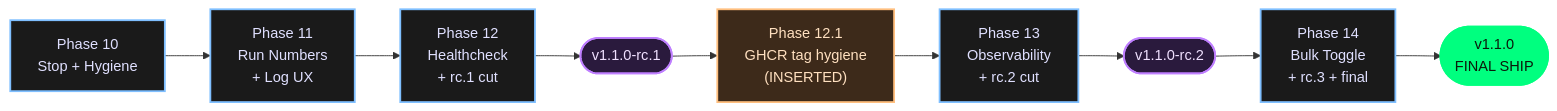
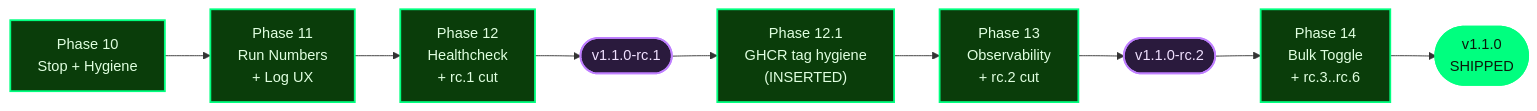
One commit to SimplicityGuy/cronduit changed the first of 2 diagrams in .planning/STATE.md. Above: the diagram before and after it, drawn with Mermaid. The commit also changed other lines of this file and 6 other files, not shown here.

````diff
--- a/.planning/STATE.md
+++ b/.planning/STATE.md
@@ -39,20 +39,19 @@
 ```mermaid
 flowchart LR
     P10["Phase 10<br/>Stop + Hygiene"] --> P11["Phase 11<br/>Run Numbers<br/>+ Log UX"]
     P11 --> P12["Phase 12<br/>Healthcheck<br/>+ rc.1 cut"]
     P12 --> RC1(["v1.1.0-rc.1"])
     RC1 --> P121["Phase 12.1<br/>GHCR tag hygiene<br/>(INSERTED)"]
     P121 --> P13["Phase 13<br/>Observability<br/>+ rc.2 cut"]
     P13 --> RC2(["v1.1.0-rc.2"])
-    RC2 --> P14["Phase 14<br/>Bulk Toggle<br/>+ rc.3 + final"]
-    P14 --> SHIP(["v1.1.0<br/>FINAL SHIP"])
+    RC2 --> P14["Phase 14<br/>Bulk Toggle<br/>+ rc.3..rc.6"]
+    P14 --> SHIP(["v1.1.0<br/>SHIPPED"])
 
-    classDef phase fill:#1a1a1a,stroke:#7fbfff,stroke-width:2px,color:#e0e0ff
+    classDef done fill:#0a3d0a,stroke:#00ff7f,stroke-width:2px,color:#e0ffe0
     classDef inserted fill:#3d2a1a,stroke:#ffbf7f,stroke-width:2px,color:#ffe0c0
     classDef rc fill:#2a1a3d,stroke:#bf7fff,stroke-width:2px,color:#f0e0ff
     classDef ship fill:#00ff7f,stroke:#00ff7f,stroke-width:3px,color:#0a1a0a
-    class P10,P11,P12,P13,P14 phase
-    class P121 inserted
+    class P10,P11,P12,P13,P14,P121 done
     class RC1,RC2 rc
     class SHIP ship
 ```
````
